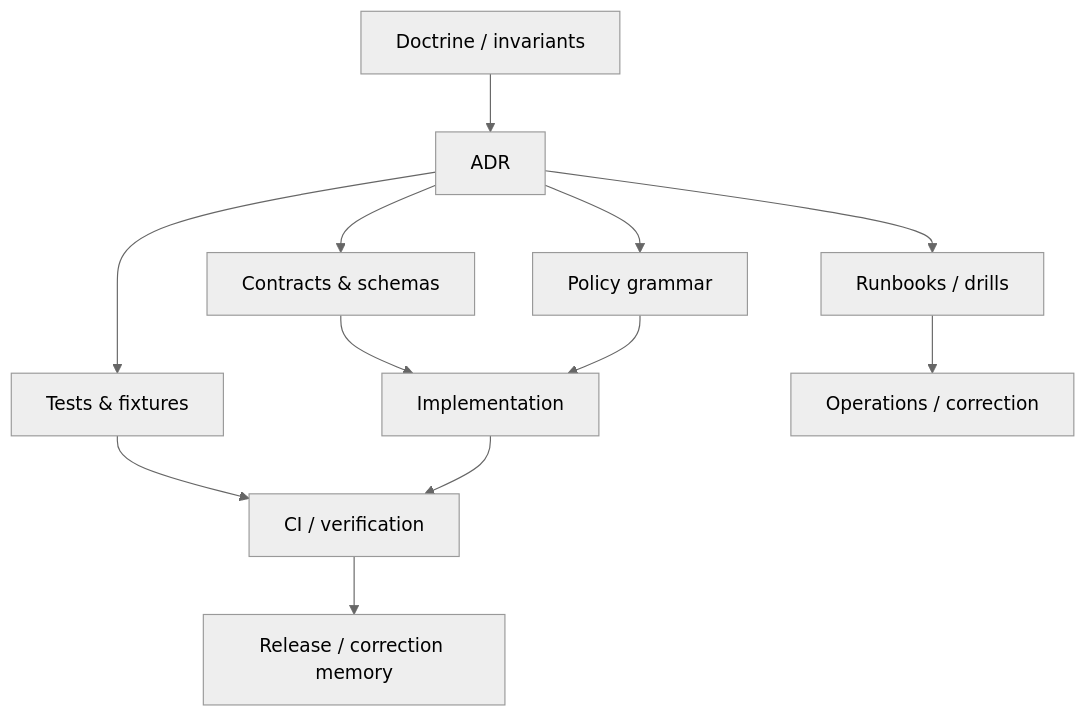
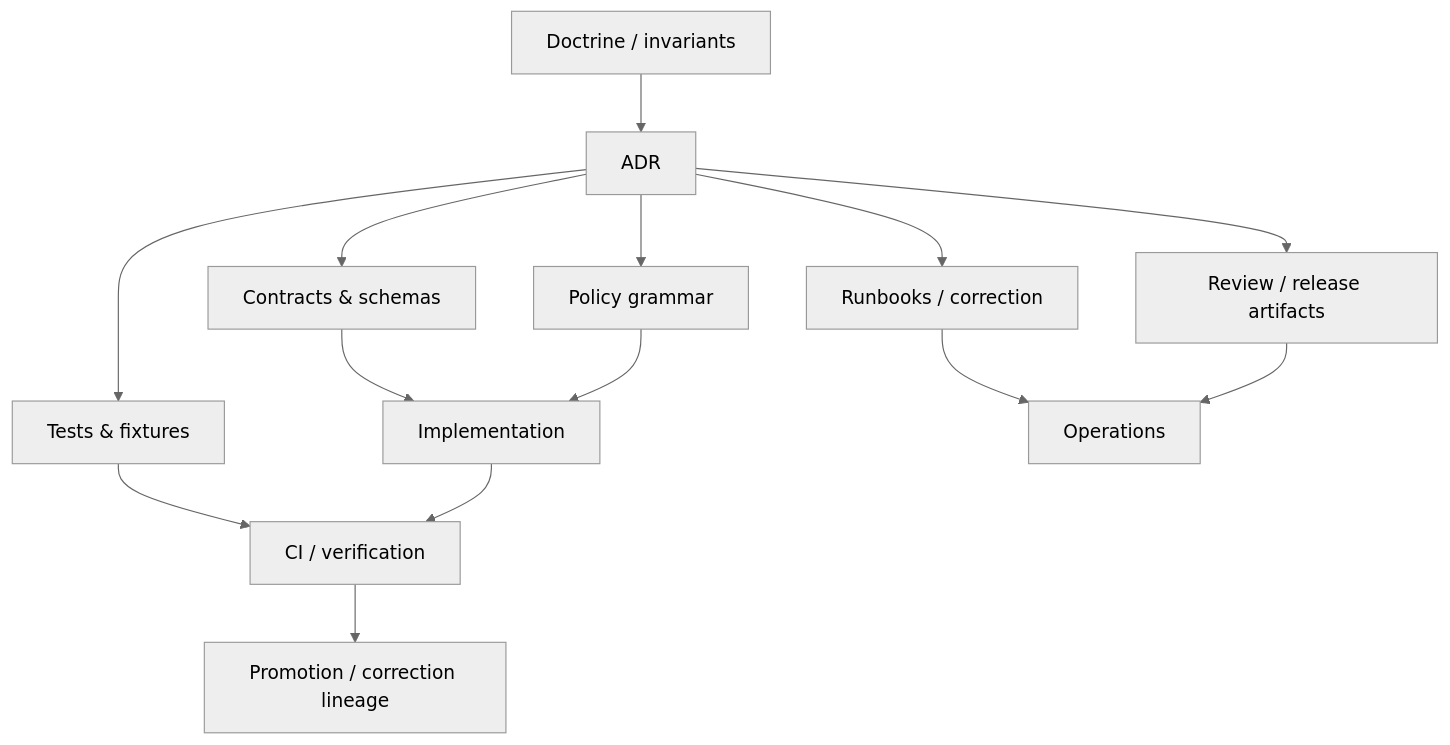
Before and after one commit to bartytime4life/Kansas-Frontier-Matrix: the diagram in docs/architecture/adr/README.md, drawn with Mermaid (neutral theme). The commit also changed other lines of this file, not shown here.

````diff
--- a/docs/architecture/adr/README.md
+++ b/docs/architecture/adr/README.md
@@ -182,14 +195,16 @@
 ```mermaid
 flowchart TD
-    A[Doctrine / invariants] --> B[ADR]
-    B --> C[Contracts & schemas]
-    B --> D[Policy grammar]
-    B --> E[Tests & fixtures]
-    B --> F[Runbooks / drills]
-    C --> G[Implementation]
-    D --> G
-    E --> H[CI / verification]
-    F --> I[Operations / correction]
-    G --> H
-    H --> J[Release / correction memory]
+    D[Doctrine / invariants] --> A[ADR]
+    A --> B[Contracts & schemas]
+    A --> C[Policy grammar]
+    A --> E[Tests & fixtures]
+    A --> F[Runbooks / correction]
+    A --> G[Review / release artifacts]
+    B --> H[Implementation]
+    C --> H
+    E --> I[CI / verification]
+    F --> J[Operations]
+    G --> J
+    H --> I
+    I --> K[Promotion / correction lineage]
 ```
````
